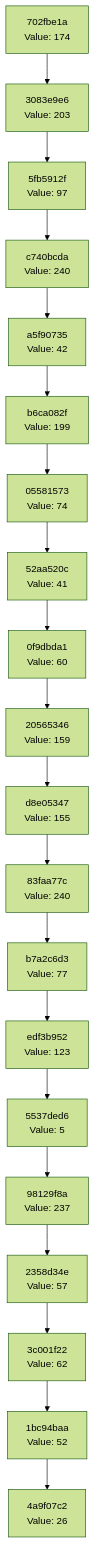
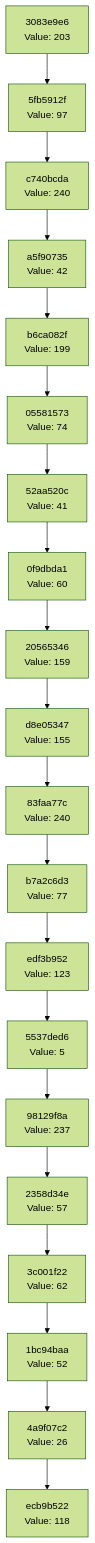
One commit to Abhisheksinha1506/hash-chain-evolver changed the diagram in docs/CHAIN_VISUALIZATION.md. Above: the diagram before and after it, drawn with Mermaid (forest theme). The commit also changed 2 other files, not shown here.

Commit message:
Evolution Step

````diff
--- a/docs/CHAIN_VISUALIZATION.md
+++ b/docs/CHAIN_VISUALIZATION.md
@@ -3,42 +3,42 @@
 ```mermaid
 graph TD
-    C0["4a9f07c2<br/>Value: 26"]
-    C1["1bc94baa<br/>Value: 52"]
+    C0["ecb9b522<br/>Value: 118"]
+    C1["4a9f07c2<br/>Value: 26"]
     C1 --> C0
-    C2["3c001f22<br/>Value: 62"]
+    C2["1bc94baa<br/>Value: 52"]
     C2 --> C1
-    C3["2358d34e<br/>Value: 57"]
+    C3["3c001f22<br/>Value: 62"]
     C3 --> C2
-    C4["98129f8a<br/>Value: 237"]
+    C4["2358d34e<br/>Value: 57"]
     C4 --> C3
-    C5["5537ded6<br/>Value: 5"]
+    C5["98129f8a<br/>Value: 237"]
     C5 --> C4
-    C6["edf3b952<br/>Value: 123"]
+    C6["5537ded6<br/>Value: 5"]
     C6 --> C5
-    C7["b7a2c6d3<br/>Value: 77"]
+    C7["edf3b952<br/>Value: 123"]
     C7 --> C6
-    C8["83faa77c<br/>Value: 240"]
+    C8["b7a2c6d3<br/>Value: 77"]
     C8 --> C7
-    C9["d8e05347<br/>Value: 155"]
+    C9["83faa77c<br/>Value: 240"]
     C9 --> C8
-    C10["20565346<br/>Value: 159"]
+    C10["d8e05347<br/>Value: 155"]
     C10 --> C9
-    C11["0f9dbda1<br/>Value: 60"]
+    C11["20565346<br/>Value: 159"]
     C11 --> C10
-    C12["52aa520c<br/>Value: 41"]
+    C12["0f9dbda1<br/>Value: 60"]
     C12 --> C11
-    C13["05581573<br/>Value: 74"]
+    C13["52aa520c<br/>Value: 41"]
     C13 --> C12
-    C14["b6ca082f<br/>Value: 199"]
+    C14["05581573<br/>Value: 74"]
     C14 --> C13
-    C15["a5f90735<br/>Value: 42"]
+    C15["b6ca082f<br/>Value: 199"]
     C15 --> C14
-    C16["c740bcda<br/>Value: 240"]
+    C16["a5f90735<br/>Value: 42"]
     C16 --> C15
-    C17["5fb5912f<br/>Value: 97"]
+    C17["c740bcda<br/>Value: 240"]
     C17 --> C16
-    C18["3083e9e6<br/>Value: 203"]
+    C18["5fb5912f<br/>Value: 97"]
     C18 --> C17
-    C19["702fbe1a<br/>Value: 174"]
+    C19["3083e9e6<br/>Value: 203"]
     C19 --> C18
 ```
````
